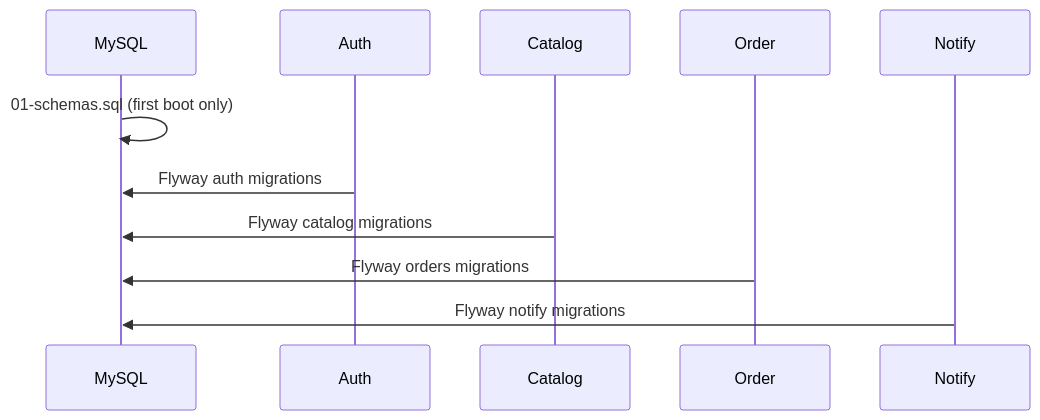
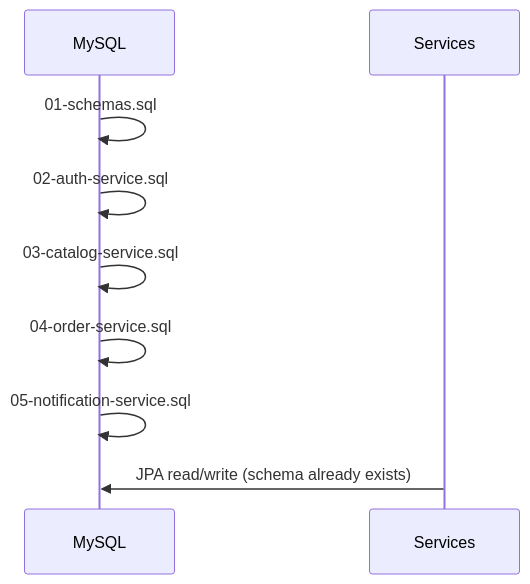
The diagram in pixelmart-setup/SQL.md (ashwani-labs/Pixel-Mart), drawn with Mermaid before and after one commit. The commit also changed other lines of this file and 36 other files, not shown here.

First line of the commit message:
refactor: consolidate DB schema into pixelmart-setup SQL

````diff
--- a/pixelmart-setup/SQL.md
+++ b/pixelmart-setup/SQL.md
@@ -143,14 +103,12 @@
 ```mermaid
 sequenceDiagram
   participant MySQL
-  participant Auth
-  participant Catalog
-  participant Order
-  participant Notify
+  participant Services
 
-  MySQL->>MySQL: 01-schemas.sql (first boot only)
-  Auth->>MySQL: Flyway auth migrations
-  Catalog->>MySQL: Flyway catalog migrations
-  Order->>MySQL: Flyway orders migrations
-  Notify->>MySQL: Flyway notify migrations
+  MySQL->>MySQL: 01-schemas.sql
+  MySQL->>MySQL: 02-auth-service.sql
+  MySQL->>MySQL: 03-catalog-service.sql
+  MySQL->>MySQL: 04-order-service.sql
+  MySQL->>MySQL: 05-notification-service.sql
+  Services->>MySQL: JPA read/write (schema already exists)
 ```
````
